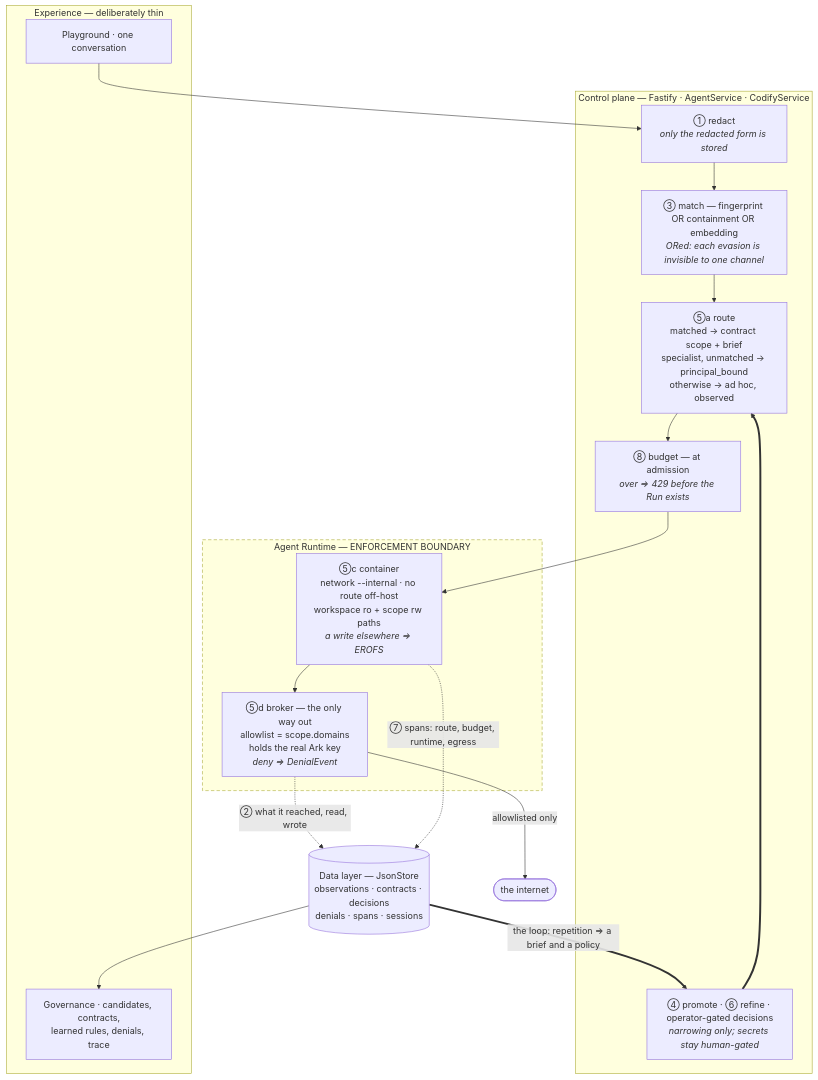
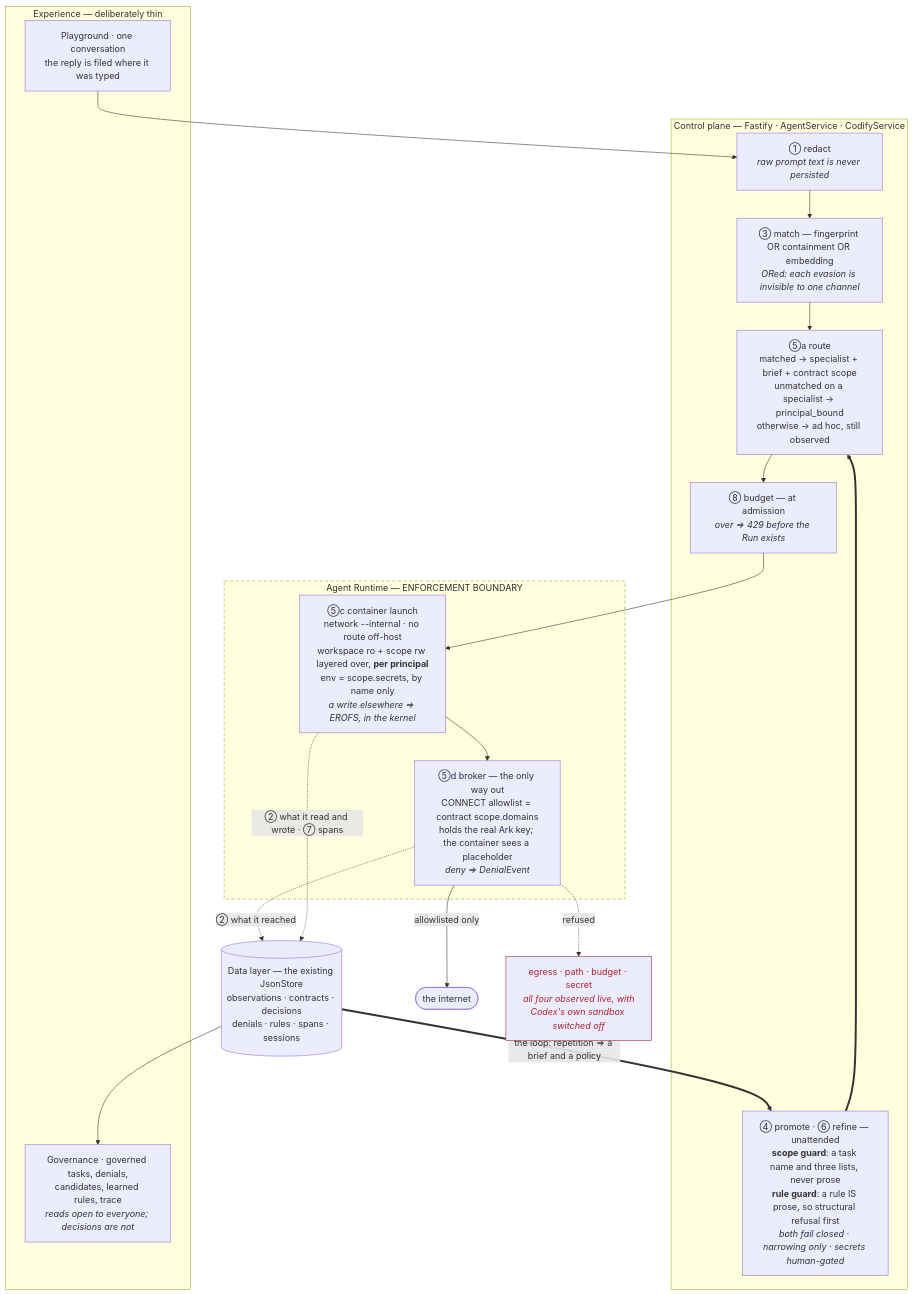
Before and after one commit to JU1Hasugian/ArmyOfGod: the diagram in docs/CODIFY.md, drawn with Mermaid. The commit also changed other lines of this file and 5 other files, not shown here.

````diff
--- a/docs/CODIFY.md
+++ b/docs/CODIFY.md
@@ -102,35 +102,38 @@
 ```mermaid
 flowchart TB
     subgraph EX["Experience — deliberately thin"]
-        PG["Playground · one conversation"]
-        GOV["Governance · candidates, contracts,<br/>learned rules, denials, trace"]
+        PG["Playground · one conversation<br/>the reply is filed where it was typed"]
+        GOV["Governance · governed tasks, denials,<br/>candidates, learned rules, trace<br/><i>reads open to everyone; decisions are not</i>"]
     end
 
     subgraph CP["Control plane — Fastify · AgentService · CodifyService"]
-        RED["① redact<br/><i>only the redacted form is stored</i>"]
+        RED["① redact<br/><i>raw prompt text is never persisted</i>"]
         MATCH["③ match — fingerprint OR containment OR embedding<br/><i>ORed: each evasion is invisible to one channel</i>"]
-        ROUTE["⑤a route<br/>matched → contract scope + brief<br/>specialist, unmatched → principal_bound<br/>otherwise → ad hoc, observed"]
+        ROUTE["⑤a route<br/>matched → specialist + brief + contract scope<br/>unmatched on a specialist → principal_bound<br/>otherwise → ad hoc, still observed"]
         BUD["⑧ budget — at admission<br/><i>over ⇒ 429 before the Run exists</i>"]
-        GATE["④ promote · ⑥ refine · operator-gated decisions<br/><i>narrowing only; secrets stay human-gated</i>"]
+        GATE["④ promote · ⑥ refine — unattended<br/><b>scope guard</b>: a task name and three lists, never prose<br/><b>rule guard</b>: a rule IS prose, so structural refusal first<br/><i>both fail closed · narrowing only · secrets human-gated</i>"]
     end
 
     subgraph RT["Agent Runtime — ENFORCEMENT BOUNDARY"]
-        CTR["⑤c container<br/>network --internal · no route off-host<br/>workspace ro + scope rw paths<br/><i>a write elsewhere ⇒ EROFS</i>"]
-        BRK["⑤d broker — the only way out<br/>allowlist = scope.domains<br/>holds the real Ark key<br/><i>deny ⇒ DenialEvent</i>"]
+        CTR["⑤c container launch<br/>network --internal · no route off-host<br/>workspace ro + scope rw layered over, <b>per principal</b><br/>env = scope.secrets, by name only<br/><i>a write elsewhere ⇒ EROFS, in the kernel</i>"]
+        BRK["⑤d broker — the only way out<br/>CONNECT allowlist = contract scope.domains<br/>holds the real Ark key; the container sees a placeholder<br/><i>deny ⇒ DenialEvent</i>"]
     end
 
-    STORE[("Data layer — JsonStore<br/>observations · contracts · decisions<br/>denials · spans · sessions")]
+    STORE[("Data layer — the existing JsonStore<br/>observations · contracts · decisions<br/>denials · rules · spans · sessions")]
 
     PG --> RED --> MATCH --> ROUTE --> BUD --> CTR
     CTR --> BRK
-    BRK -.->|"② what it reached, read, wrote"| STORE
-    CTR -.->|"⑦ spans: route, budget, runtime, egress"| STORE
+    BRK -.->|"② what it reached"| STORE
+    CTR -.->|"② what it read and wrote · ⑦ spans"| STORE
     STORE ==>|"the loop: repetition ⇒ a brief and a policy"| GATE
     GATE ==> ROUTE
     STORE --> GOV
 
     BRK -->|allowlisted only| NET(["the internet"])
+    BRK -.->|refused| DENY["egress · path · budget · secret<br/><i>all four observed live, with<br/>Codex's own sandbox switched off</i>"]
 
     classDef boundary stroke-dasharray: 6 4
+    classDef refused stroke:#b4232a,color:#b4232a
     class RT boundary
+    class DENY refused
 ```
````
